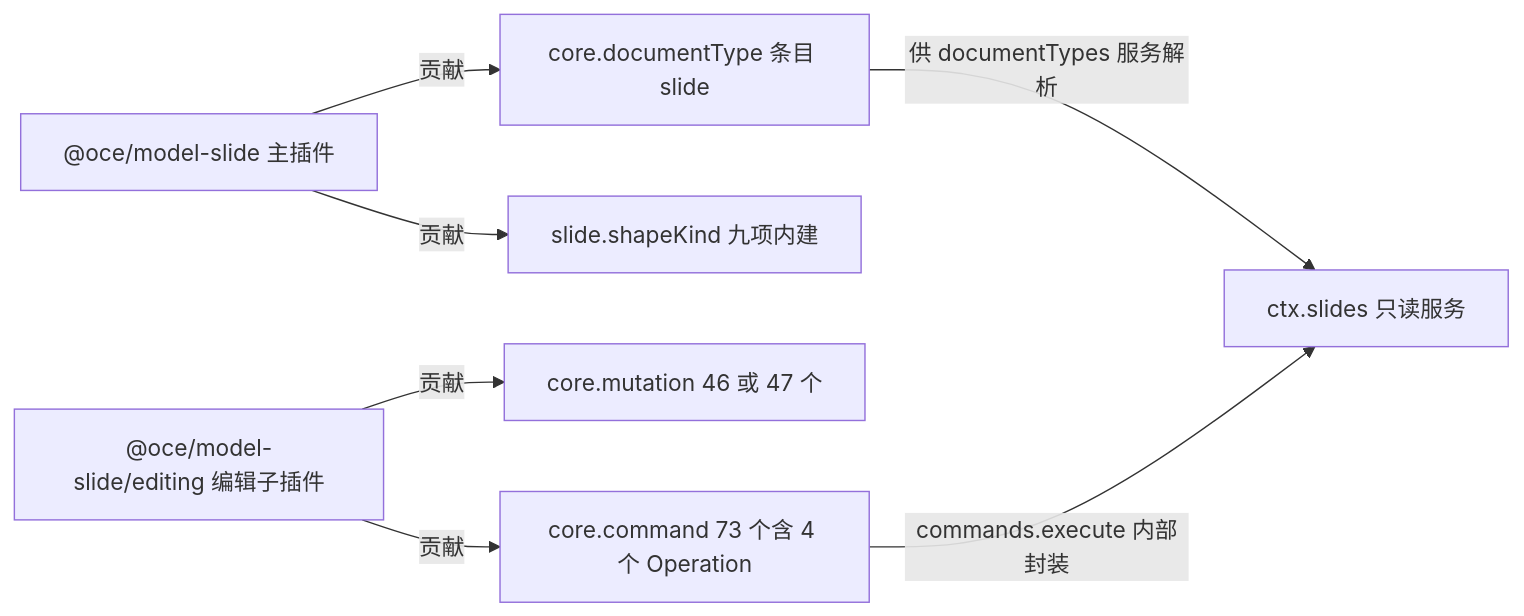
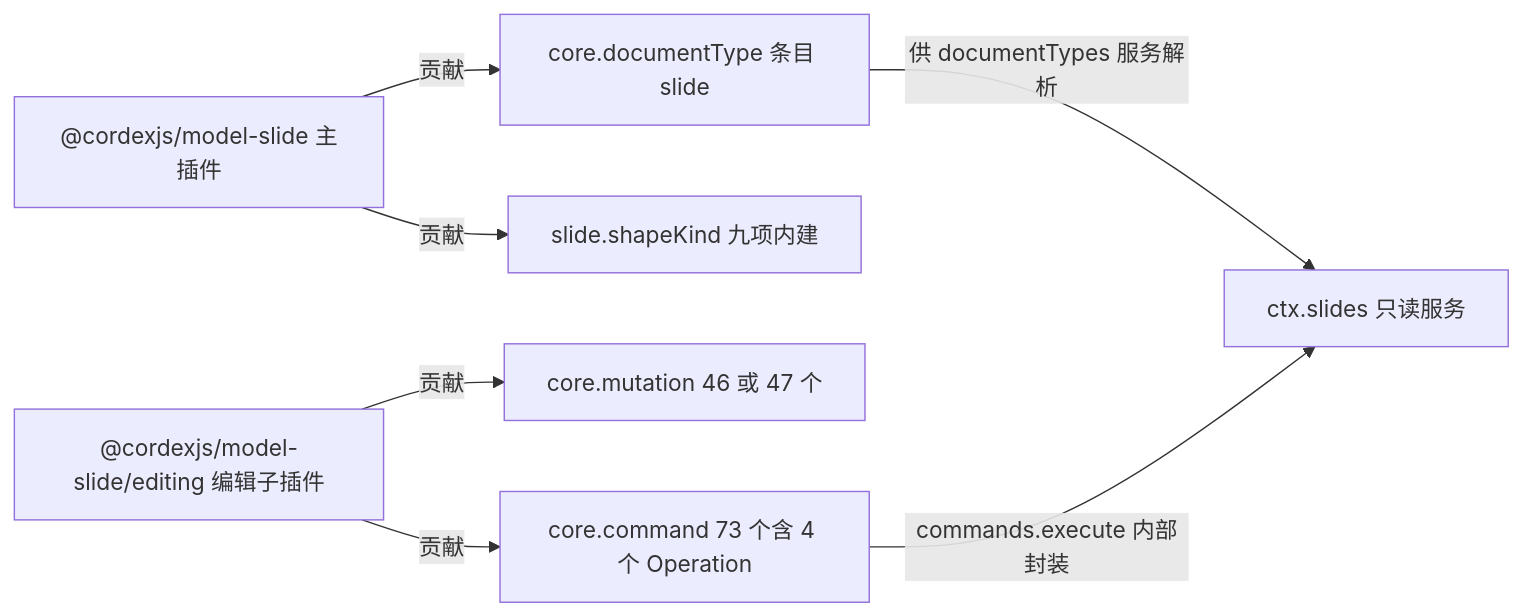
The fourth of 5 diagrams in docs/40-modules/03-slide-domain-model.md (Xeonice/cordis-ppt-editor), drawn with Mermaid before and after one commit. The commit also changed other lines of this file and 23 other files, not shown here.

````diff
--- a/docs/40-modules/03-slide-domain-model.md
+++ b/docs/40-modules/03-slide-domain-model.md
@@ -372,16 +377,16 @@
 ```mermaid
 flowchart LR
-  pluginMain["@oce/model-slide 主插件"]
-  pluginEditing["@oce/model-slide/editing 编辑子插件"]
+  pluginMain["@cordexjs/model-slide 主插件"]
+  pluginEditing["@cordexjs/model-slide/editing 编辑子插件"]
   pointDocType["core.documentType 条目 slide"]
   pointShapeKind["slide.shapeKind 九项内建"]
   pointMutation["core.mutation 46 或 47 个"]
   pointCommand["core.command 73 个含 4 个 Operation"]
   serviceSlides["ctx.slides 只读服务"]
   pluginMain -- "贡献" --> pointDocType
   pluginMain -- "贡献" --> pointShapeKind
   pluginEditing -- "贡献" --> pointMutation
   pluginEditing -- "贡献" --> pointCommand
   pointDocType -- "供 documentTypes 服务解析" --> serviceSlides
   pointCommand -- "commands.execute 内部封装" --> serviceSlides
 ```
````
